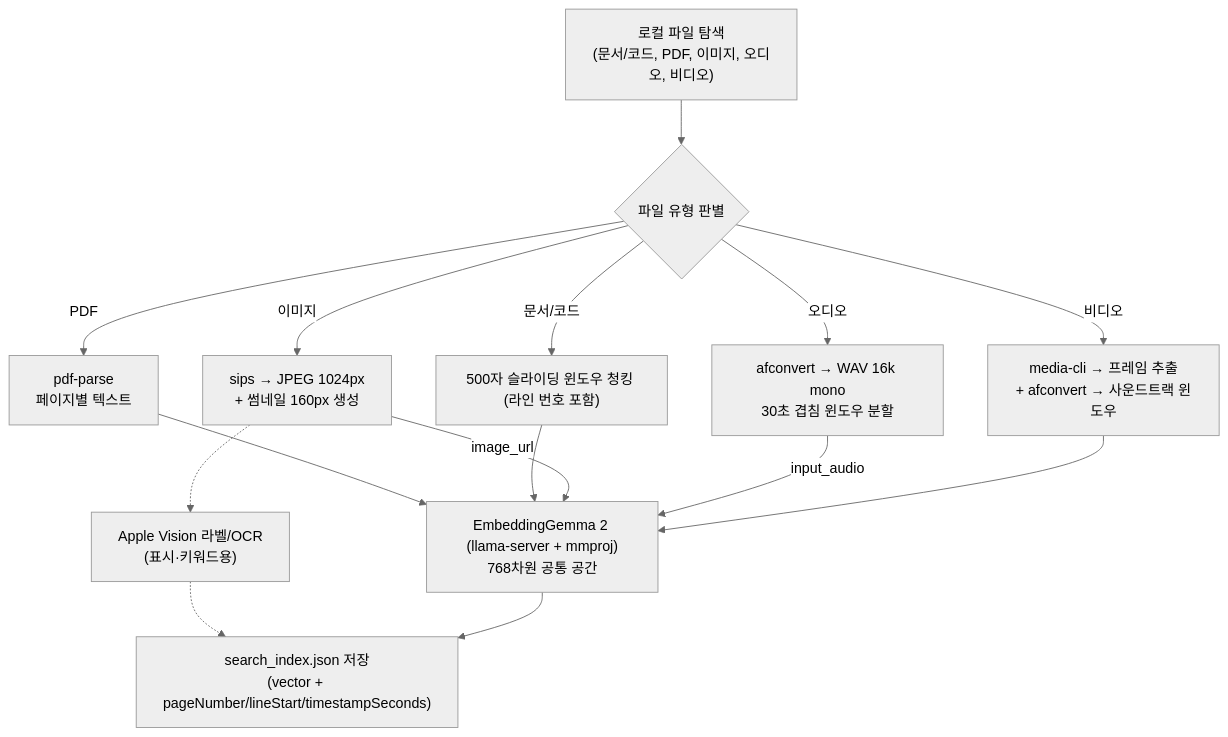
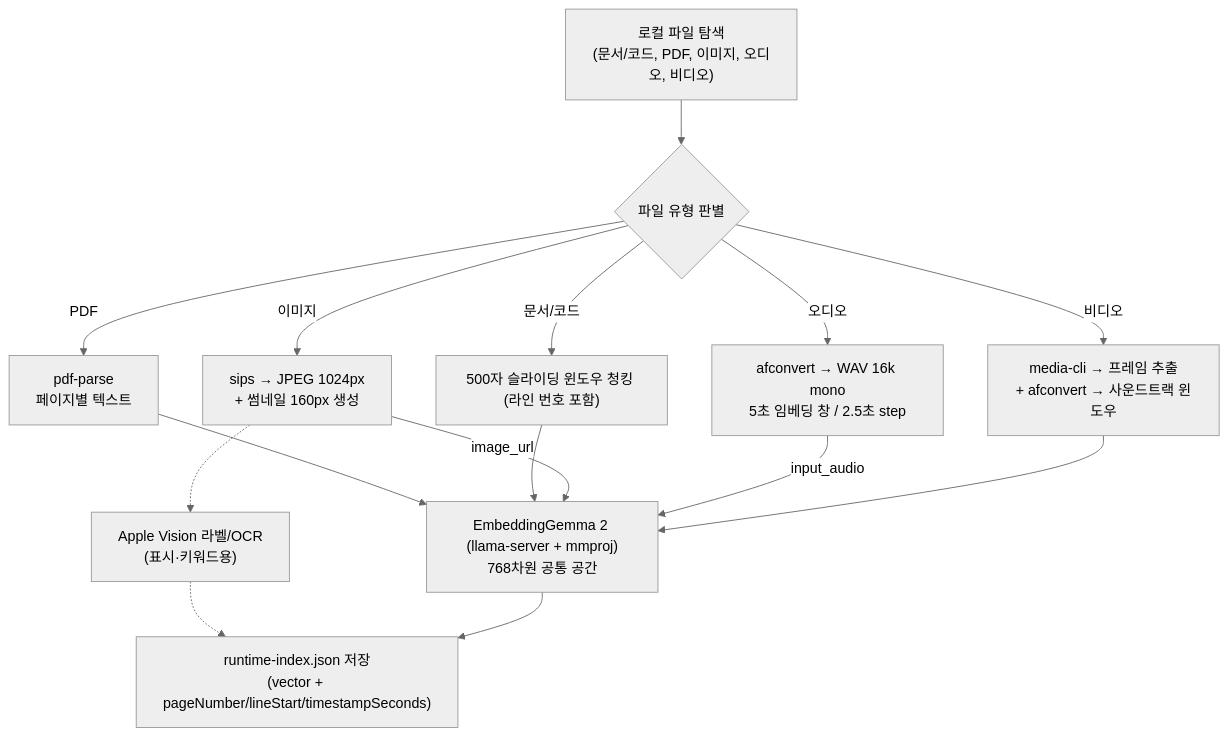
Before and after one commit to team-croni/Nookive: the diagram in docs/indexer-pipeline.md, drawn with Mermaid (neutral theme). The commit also changed other lines of this file and 3 other files, not shown here.

````diff
--- a/docs/indexer-pipeline.md
+++ b/docs/indexer-pipeline.md
@@ -78,20 +78,20 @@
 ```mermaid
 flowchart TD
     A["로컬 파일 탐색<br/>(문서/코드, PDF, 이미지, 오디오, 비디오)"] --> B{"파일 유형 판별"}
 
     B -->|"PDF"| C["pdf-parse<br/>페이지별 텍스트"]
     B -->|"문서/코드"| E["500자 슬라이딩 윈도우 청킹 (라인 번호 포함)"]
     B -->|"이미지"| D1["sips → JPEG 1024px<br/>+ 썸네일 160px 생성"]
-    B -->|"오디오"| D2["afconvert → WAV 16k mono<br/>30초 겹침 윈도우 분할"]
+    B -->|"오디오"| D2["afconvert → WAV 16k mono<br/>5초 임베딩 창 / 2.5초 step"]
     B -->|"비디오"| D3["media-cli → 프레임 추출<br/>+ afconvert → 사운드트랙 윈도우"]
 
     C --> G
     E --> G
     D1 -->|"image_url"| G["EmbeddingGemma 2 (llama-server + mmproj)<br/>768차원 공통 공간"]
     D2 -->|"input_audio"| G
     D3 --> G
 
     D1 -.-> V["Apple Vision 라벨/OCR<br/>(표시·키워드용)"]
     V -.-> H
-    G --> H["search_index.json 저장<br/>(vector + pageNumber/lineStart/timestampSeconds)"]
+    G --> H["runtime-index.json 저장<br/>(vector + pageNumber/lineStart/timestampSeconds)"]
 ```
````
